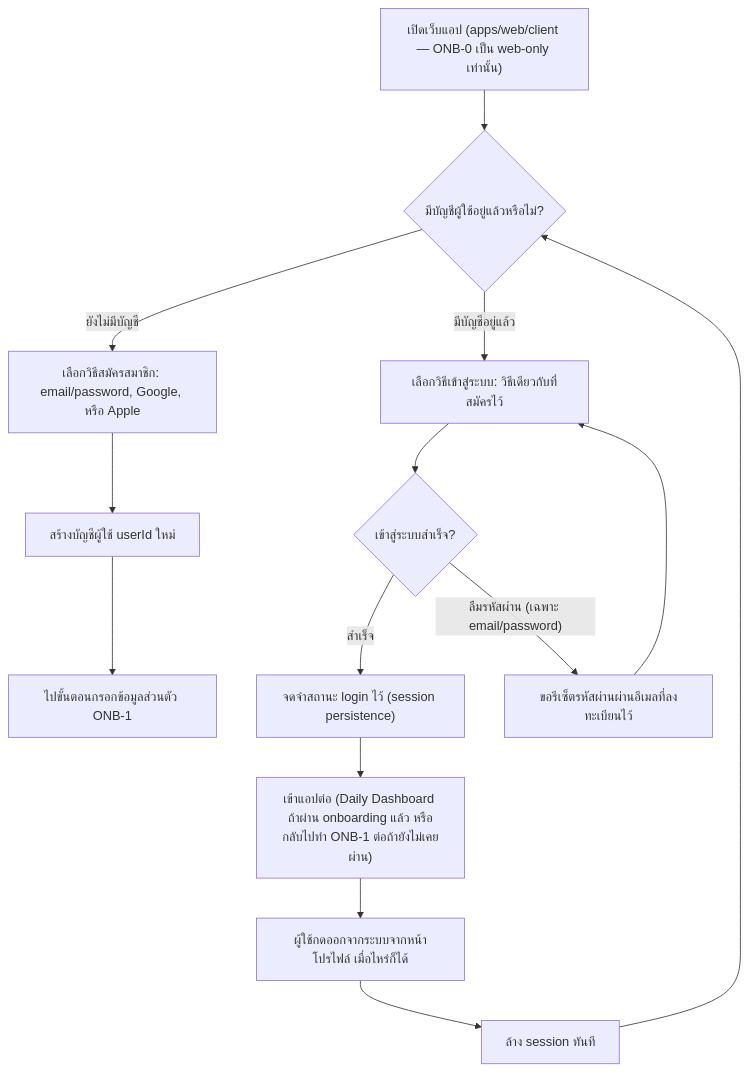
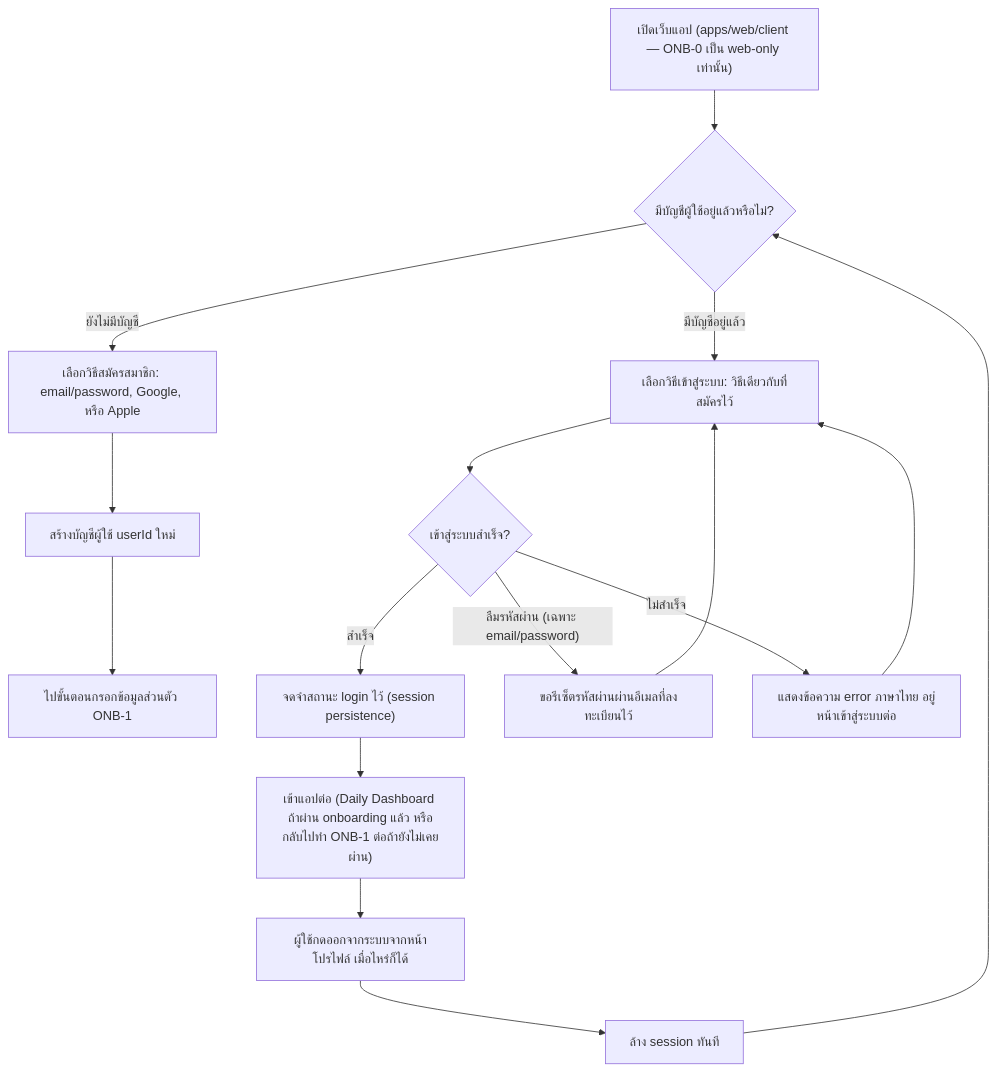
Before and after one commit to Kikofah/smartFit_daily: the first of 16 diagrams in docs/02-design/01-prototypes/user-journeys.md, drawn with Mermaid. The commit also changed other lines of this file and 8 other files, not shown here.

````diff
--- a/docs/02-design/01-prototypes/user-journeys.md
+++ b/docs/02-design/01-prototypes/user-journeys.md
@@ -27,16 +27,18 @@
 ```mermaid
 flowchart TD
     A["เปิดเว็บแอป (apps/web/client — ONB-0 เป็น web-only เท่านั้น)"] --> B{มีบัญชีผู้ใช้อยู่แล้วหรือไม่?}
     B -- ยังไม่มีบัญชี --> C["เลือกวิธีสมัครสมาชิก: email/password, Google, หรือ Apple"]
     C --> D[สร้างบัญชีผู้ใช้ userId ใหม่]
     D --> E[ไปขั้นตอนกรอกข้อมูลส่วนตัว ONB-1]
     B -- มีบัญชีอยู่แล้ว --> F["เลือกวิธีเข้าสู่ระบบ: วิธีเดียวกับที่สมัครไว้"]
     F --> G{เข้าสู่ระบบสำเร็จ?}
     G -- สำเร็จ --> H["จดจำสถานะ login ไว้ (session persistence)"]
     H --> I["เข้าแอปต่อ (Daily Dashboard ถ้าผ่าน onboarding แล้ว หรือกลับไปทำ ONB-1 ต่อถ้ายังไม่เคยผ่าน)"]
     G -- ลืมรหัสผ่าน (เฉพาะ email/password) --> J[ขอรีเซ็ตรหัสผ่านผ่านอีเมลที่ลงทะเบียนไว้]
     J --> F
+    G -- ไม่สำเร็จ --> M["แสดงข้อความ error ภาษาไทย อยู่หน้าเข้าสู่ระบบต่อ"]
+    M --> F
     I --> K[ผู้ใช้กดออกจากระบบจากหน้าโปรไฟล์ เมื่อไหร่ก็ได้]
     K --> L[ล้าง session ทันที]
     L --> B
 ```
````
